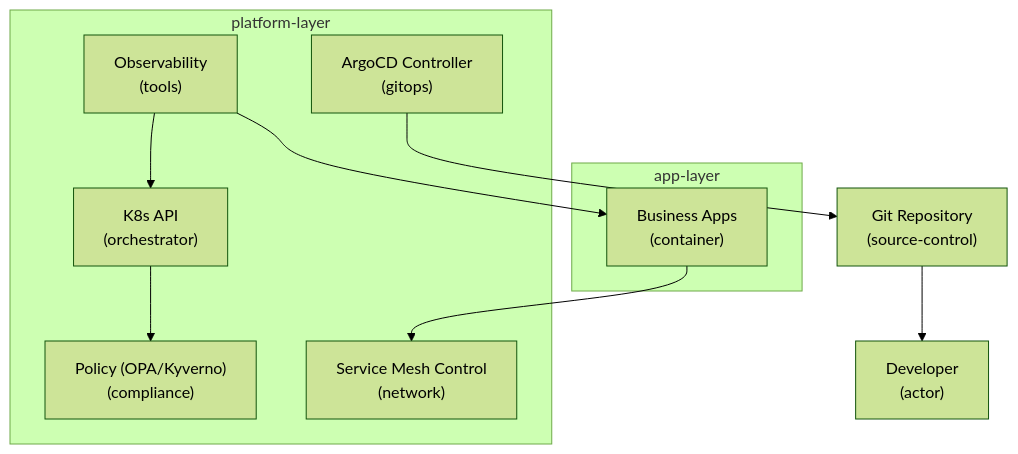
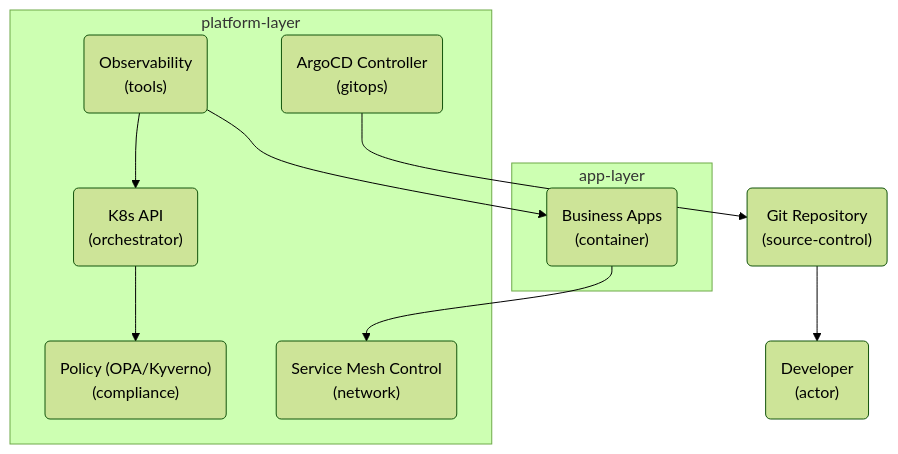
Before and after one commit to casualuser/casualuser.github.io: the diagram in _site/blueprints/enterprise-platform.mmd, drawn with Mermaid (forest theme). The commit also changed 17 other files, not shown here.

Commit message:
refactor: update Mermaid diagram node syntax from square brackets to parentheses.

```diff
--- a/_site/blueprints/enterprise-platform.mmd
+++ b/_site/blueprints/enterprise-platform.mmd
@@ -1,26 +1,26 @@
 %% Autogenerated enterprise-platform
 graph TD
-  dev["Developer<br/>(actor)"]
-  git["Git Repository<br/>(source-control)"]
-  argocd["ArgoCD Controller<br/>(gitops)"]
-  k8s["K8s API<br/>(orchestrator)"]
-  opa["Policy (OPA/Kyverno)<br/>(compliance)"]
-  istio["Service Mesh Control<br/>(network)"]
-  workload["Business Apps<br/>(container)"]
-  obs["Observability<br/>(tools)"]
+  dev("Developer<br/>(actor)")
+  git("Git Repository<br/>(source-control)")
+  argocd("ArgoCD Controller<br/>(gitops)")
+  k8s("K8s API<br/>(orchestrator)")
+  opa("Policy (OPA/Kyverno)<br/>(compliance)")
+  istio("Service Mesh Control<br/>(network)")
+  workload("Business Apps<br/>(container)")
+  obs("Observability<br/>(tools)")
   git --> dev
   argocd --> git
   k8s --> opa
   workload --> istio
   obs --> workload
   obs --> k8s
   subgraph platform-layer
     argocd
     k8s
     opa
     istio
     obs
   end
   subgraph app-layer
     workload
   end
```
